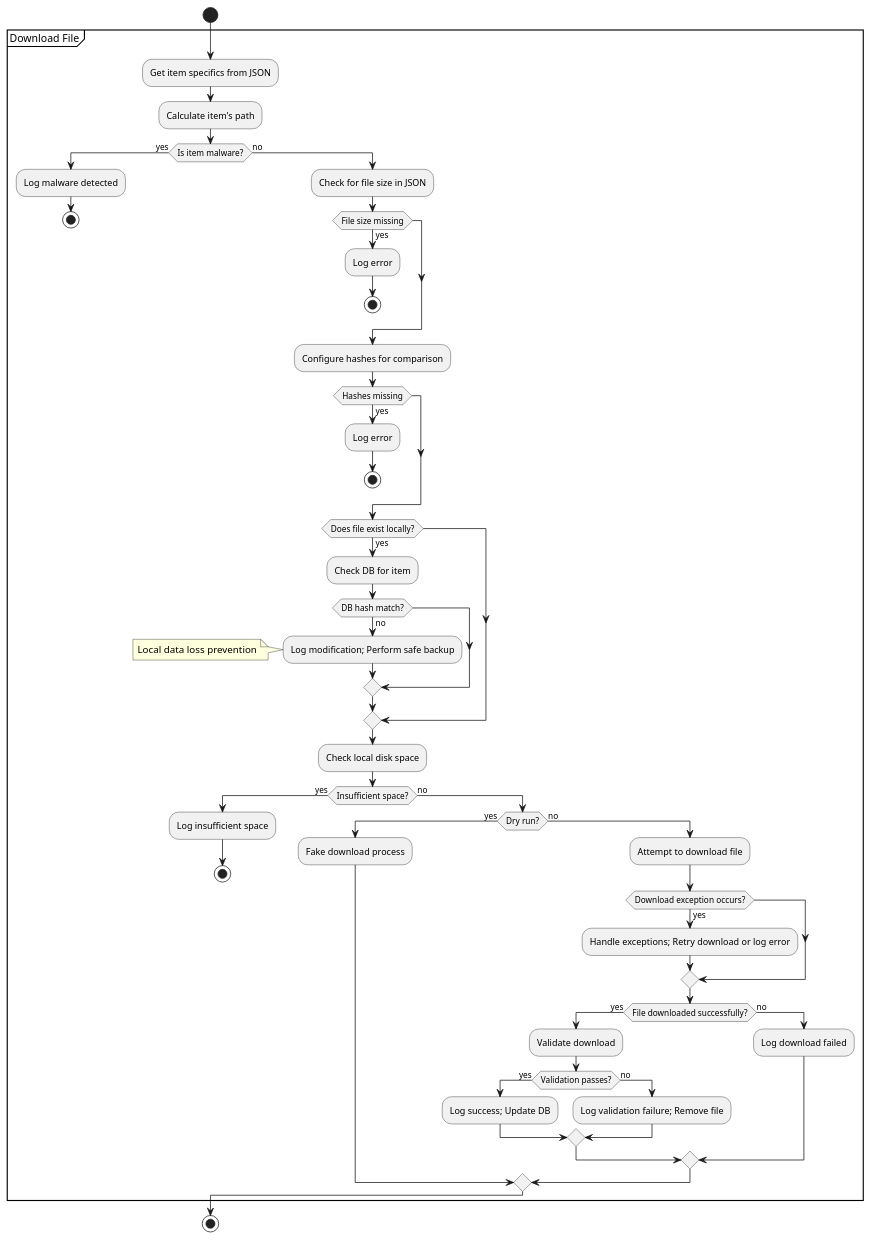
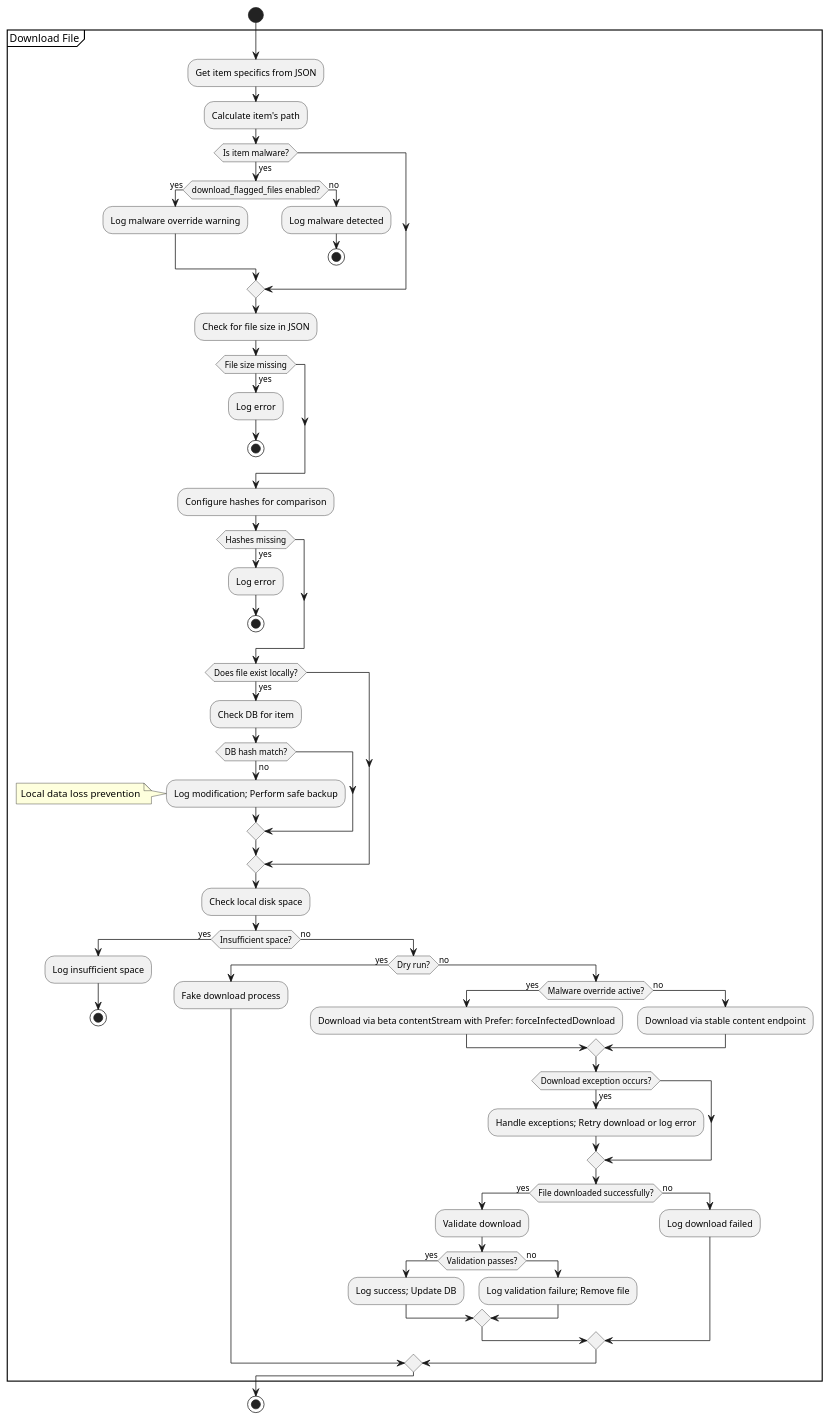
The diagram in docs/puml/downloadFile.puml (abraunegg/onedrive), drawn with PlantUML before and after one commit. The commit also changed 5 other files, not shown here.

Commit message:
Add an option to download flagged files for business users

```diff
--- a/docs/puml/downloadFile.puml
+++ b/docs/puml/downloadFile.puml
@@ -1,63 +1,71 @@
 @startuml
 start
 
 partition "Download File" {
 
   :Get item specifics from JSON;
   :Calculate item's path;
-  
+
   if (Is item malware?) then (yes)
-      :Log malware detected;
+      if (download_flagged_files enabled?) then (yes)
+          :Log malware override warning;
+      else (no)
+          :Log malware detected;
+          stop
+      endif
+  endif
+
+  :Check for file size in JSON;
+  if (File size missing) then (yes)
+      :Log error;
+      stop
+  endif
+
+  :Configure hashes for comparison;
+  if (Hashes missing) then (yes)
+      :Log error;
+      stop
+  endif
+
+  if (Does file exist locally?) then (yes)
+      :Check DB for item;
+      if (DB hash match?) then (no)
+          :Log modification; Perform safe backup;
+          note left: Local data loss prevention
+      endif
+  endif
+
+  :Check local disk space;
+  if (Insufficient space?) then (yes)
+      :Log insufficient space;
       stop
   else (no)
-      :Check for file size in JSON;
-      if (File size missing) then (yes)
-          :Log error;
-          stop
-      endif
-      
-      :Configure hashes for comparison;
-      if (Hashes missing) then (yes)
-          :Log error;
-          stop
-      endif
-      
-      if (Does file exist locally?) then (yes)
-          :Check DB for item;
-          if (DB hash match?) then (no)
-              :Log modification; Perform safe backup;
-              note left: Local data loss prevention
+      if (Dry run?) then (yes)
+          :Fake download process;
+      else (no)
+          if (Malware override active?) then (yes)
+              :Download via beta contentStream with Prefer: forceInfectedDownload;
+          else (no)
+              :Download via stable content endpoint;
           endif
-      endif
-      
-      :Check local disk space;
-      if (Insufficient space?) then (yes)
-          :Log insufficient space;
-          stop
-      else (no)
-          if (Dry run?) then (yes)
-              :Fake download process;
+          if (Download exception occurs?) then (yes)
+              :Handle exceptions; Retry download or log error;
+          endif
+
+          if (File downloaded successfully?) then (yes)
+              :Validate download;
+              if (Validation passes?) then (yes)
+                  :Log success; Update DB;
+              else (no)
+                  :Log validation failure; Remove file;
+              endif
           else (no)
-              :Attempt to download file;
-              if (Download exception occurs?) then (yes)
-                  :Handle exceptions; Retry download or log error;
-              endif
-              
-              if (File downloaded successfully?) then (yes)
-                  :Validate download;
-                  if (Validation passes?) then (yes)
-                      :Log success; Update DB;
-                  else (no)
-                      :Log validation failure; Remove file;
-                  endif
-              else (no)
-                  :Log download failed;
-              endif
+              :Log download failed;
           endif
       endif
   endif
 
 }
 
 stop
 @enduml
```
